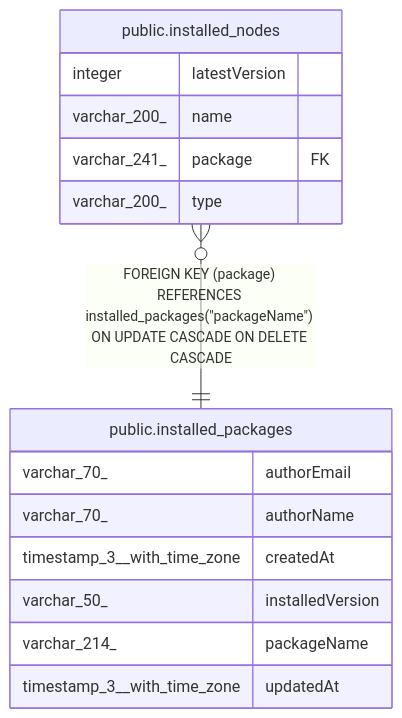
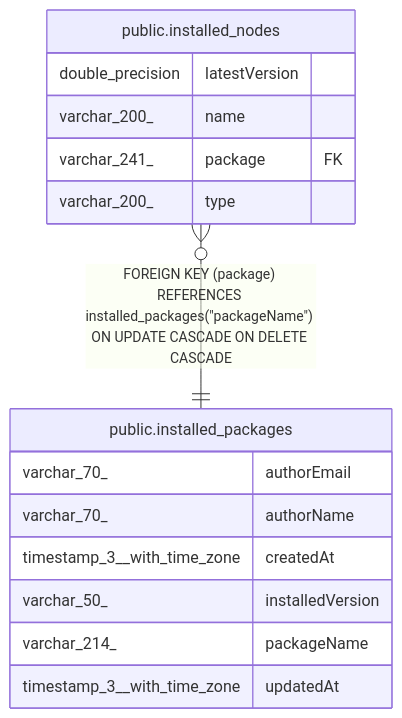
The diagram in docs/generated/postgres-schema/public.installed_packages.md (ggrace519/n8n), drawn with Mermaid before and after one commit. The commit also changed 11 other files, not shown here.

````diff
--- a/docs/generated/postgres-schema/public.installed_packages.md
+++ b/docs/generated/postgres-schema/public.installed_packages.md
@@ -32,20 +32,20 @@
 ```mermaid
 erDiagram
 
 "public.installed_nodes" }o--|| "public.installed_packages" : "FOREIGN KEY (package) REFERENCES installed_packages(#quot;packageName#quot;) ON UPDATE CASCADE ON DELETE CASCADE"
 
 "public.installed_packages" {
   varchar_70_ authorEmail
   varchar_70_ authorName
   timestamp_3__with_time_zone createdAt
   varchar_50_ installedVersion
   varchar_214_ packageName
   timestamp_3__with_time_zone updatedAt
 }
 "public.installed_nodes" {
-  integer latestVersion
+  double_precision latestVersion
   varchar_200_ name
   varchar_241_ package FK
   varchar_200_ type
 }
 ```
````
